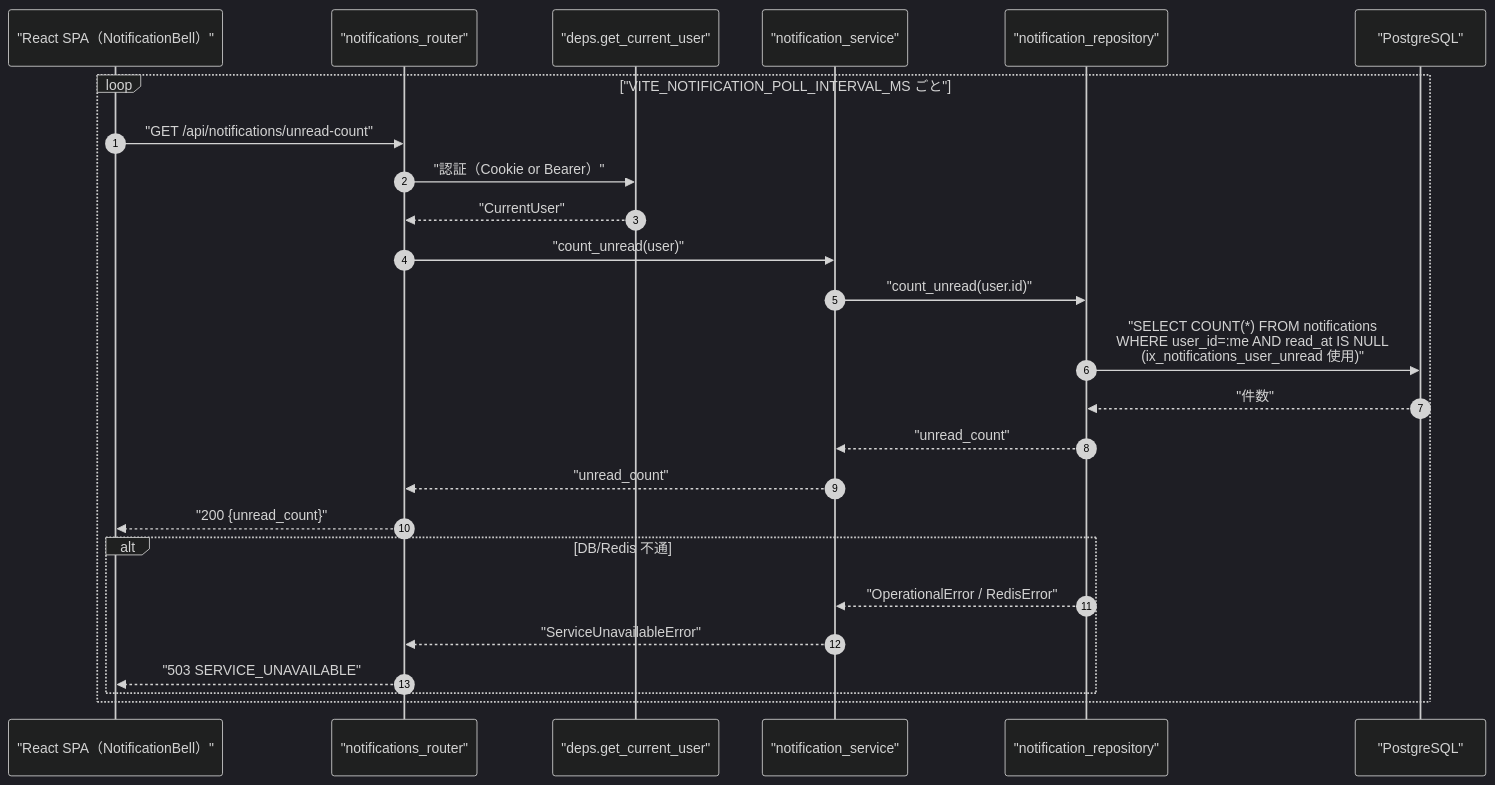
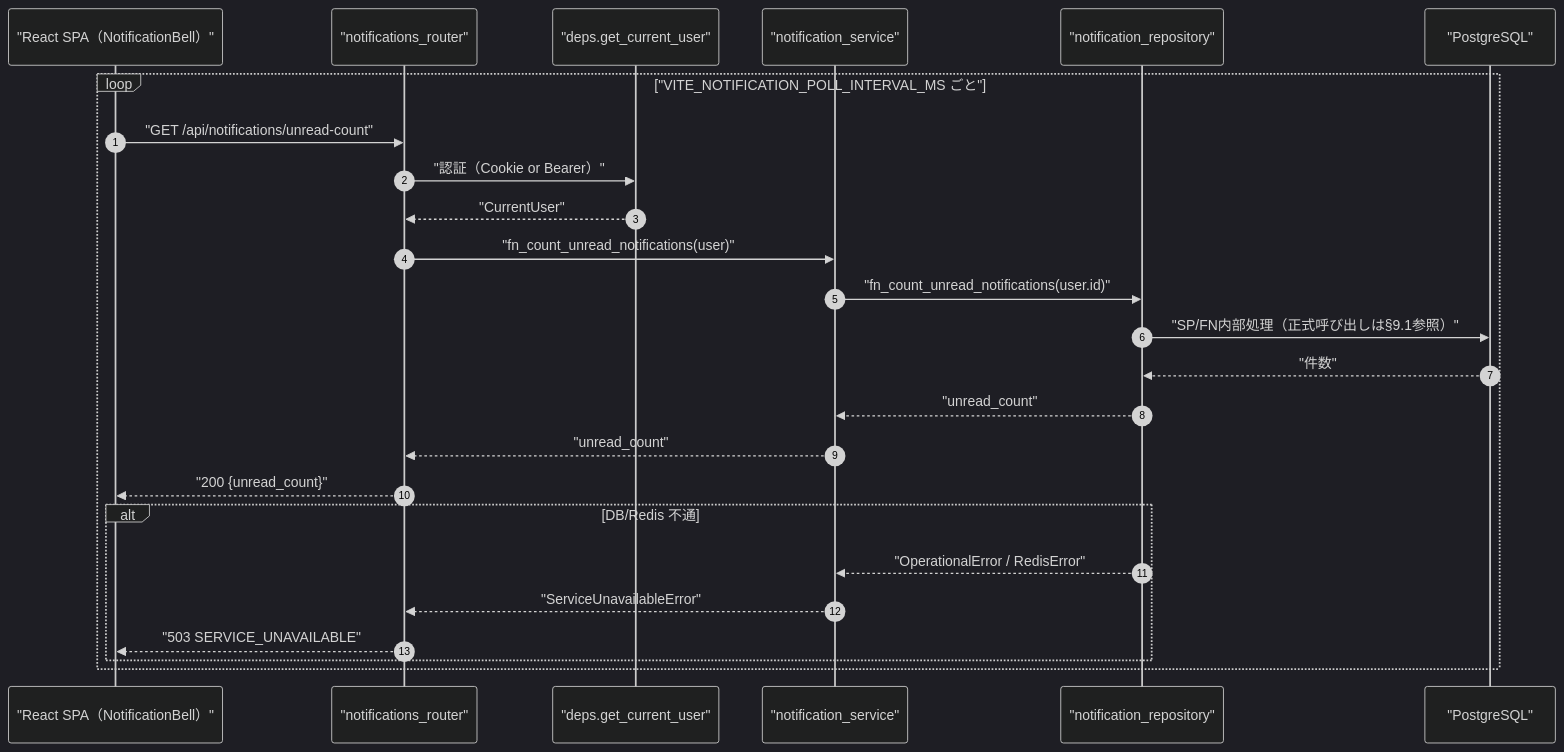
Before and after one commit to oikawa-d/task_management: the first of 4 diagrams in detailed_design/api/notifications/02_get_notifications_unread_count.md, drawn with Mermaid (dark theme). The commit also changed other lines of this file and 58 other files, not shown here.

````diff
--- a/detailed_design/api/notifications/02_get_notifications_unread_count.md
+++ b/detailed_design/api/notifications/02_get_notifications_unread_count.md
@@ -64,28 +64,28 @@
 ```mermaid
 sequenceDiagram
     autonumber
     participant FE as "React SPA（NotificationBell）"
     participant R as "notifications_router"
     participant D as "deps.get_current_user"
     participant S as "notification_service"
     participant NR as "notification_repository"
     participant PG as "PostgreSQL"
 
     loop "VITE_NOTIFICATION_POLL_INTERVAL_MS ごと"
         FE->>R: "GET /api/notifications/unread-count"
         R->>D: "認証（Cookie or Bearer）"
         D-->>R: "CurrentUser"
-        R->>S: "count_unread(user)"
-        S->>NR: "count_unread(user.id)"
-        NR->>PG: "SELECT COUNT(*) FROM notifications<br/>WHERE user_id=:me AND read_at IS NULL<br/>(ix_notifications_user_unread 使用)"
+        R->>S: "fn_count_unread_notifications(user)"
+        S->>NR: "fn_count_unread_notifications(user.id)"
+        NR->>PG: "SP/FN内部処理（正式呼び出しは§9.1参照）"
         PG-->>NR: "件数"
         NR-->>S: "unread_count"
         S-->>R: "unread_count"
         R-->>FE: "200 {unread_count}"
         alt DB/Redis 不通
             NR-->>S: "OperationalError / RedisError"
             S-->>R: "ServiceUnavailableError"
             R-->>FE: "503 SERVICE_UNAVAILABLE"
         end
     end
 ```
````
